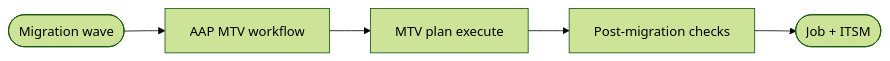
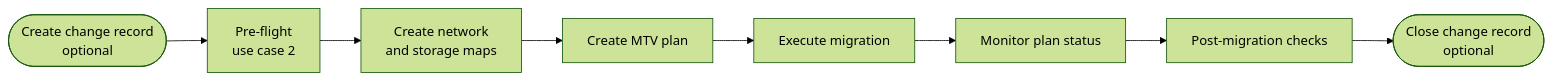
One commit to ansible-tmm/solution-guides changed the diagram in README-Virtualization-Use-Case-03-MTV-Migration-Orchestration.md. Above: the diagram before and after it, drawn with Mermaid (forest theme). The commit also changed other lines of this file and 9 other files, not shown here.

````diff
--- a/README-Virtualization-Use-Case-03-MTV-Migration-Orchestration.md
+++ b/README-Virtualization-Use-Case-03-MTV-Migration-Orchestration.md
@@ -51,7 +54,10 @@
 ```mermaid
 graph LR
-  Wave([Migration wave]) --> AAP[AAP MTV workflow]
-  AAP --> MTV[MTV plan execute]
-  MTV --> Validate[Post-migration checks]
-  Validate --> Evidence([Job + ITSM])
+  ITSM([Create change record<br/>optional]) --> Preflight[Pre-flight<br/>use case 2]
+  Preflight --> Maps[Create network<br/>and storage maps]
+  Maps --> Plan[Create MTV plan]
+  Plan --> Execute[Execute migration]
+  Execute --> Monitor[Monitor plan status]
+  Monitor --> Validate[Post-migration checks]
+  Validate --> Close([Close change record<br/>optional])
 ```
````
